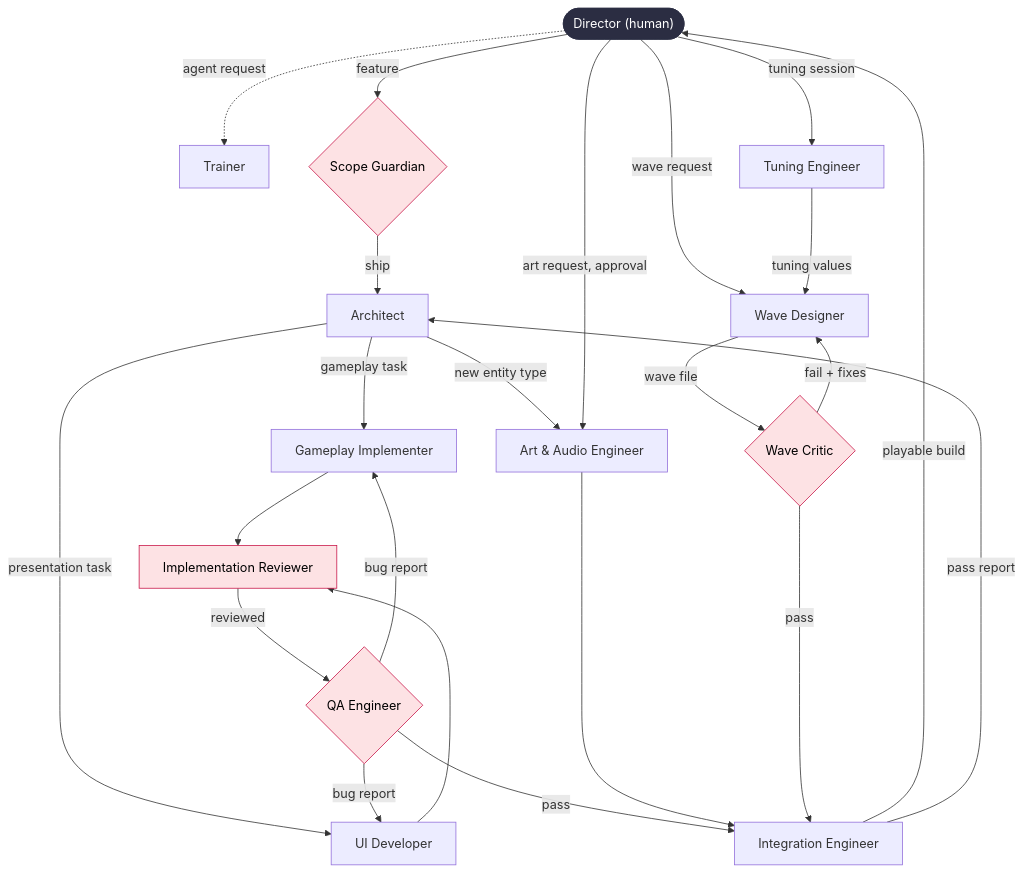
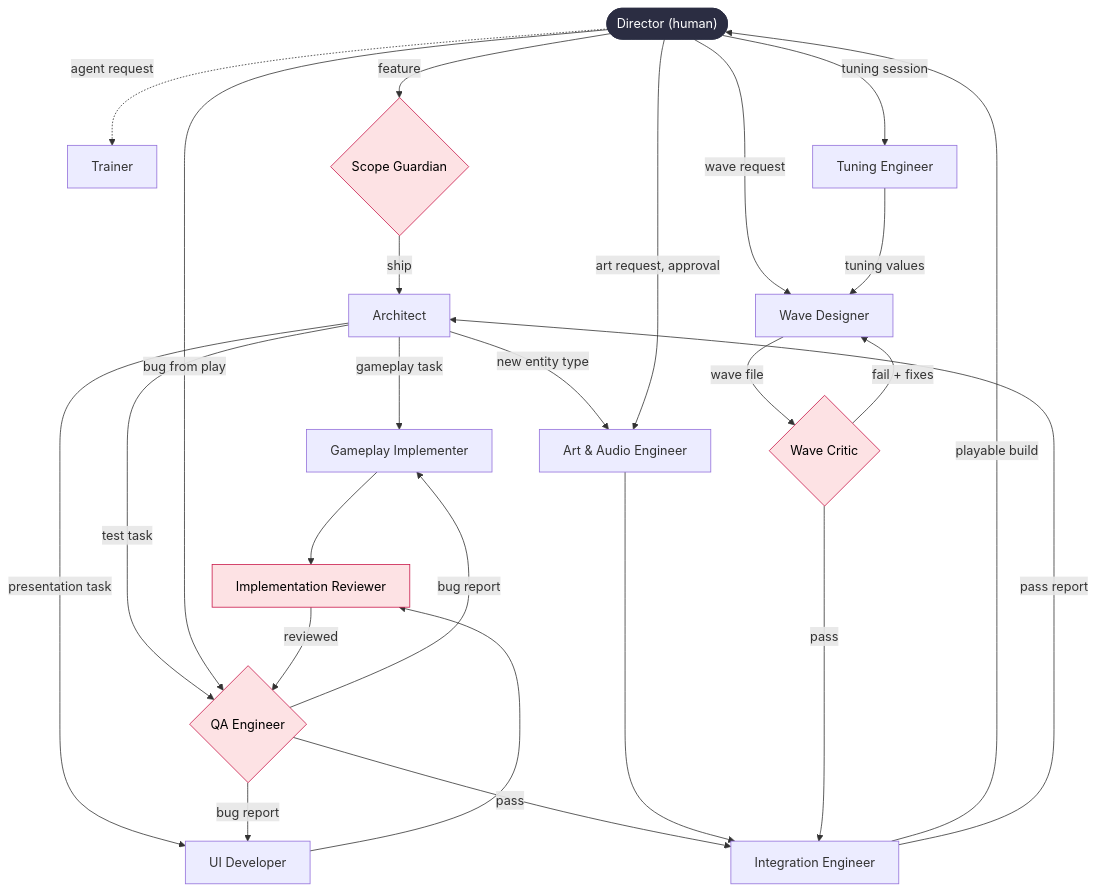
Before and after one commit to david-mntl/driftward-ace: the diagram in docs/crew/roster.md, drawn with Mermaid. The commit also changed other lines of this file and 1 other file, not shown here.

````diff
--- a/docs/crew/roster.md
+++ b/docs/crew/roster.md
@@ -7,44 +7,46 @@
 ```mermaid
 flowchart TD
     D(["Director (human)"])
     T["Trainer"]
     SG{"Scope Guardian"}
     AR["Architect"]
     GI["Gameplay Implementer"]
     UI["UI Developer"]
     AA["Art & Audio Engineer"]
     IR["Implementation Reviewer"]
     QA{"QA Engineer"}
     IE["Integration Engineer"]
     TE["Tuning Engineer"]
     WD["Wave Designer"]
     WC{"Wave Critic"}
 
     D -.->|agent request| T
     D -->|feature| SG
     SG -->|ship| AR
     AR -->|gameplay task| GI
     AR -->|presentation task| UI
     AR -->|new entity type| AA
+    AR -->|test task| QA
+    D -->|bug from play| QA
     GI --> IR
     UI --> IR
     IR -->|reviewed| QA
     QA -->|bug report| GI
     QA -->|bug report| UI
     QA -->|pass| IE
     AA --> IE
     D -->|tuning session| TE
     D -->|wave request| WD
     D -->|art request, approval| AA
     TE -->|tuning values| WD
     WD -->|wave file| WC
     WC -->|fail + fixes| WD
     WC -->|pass| IE
     IE -->|playable build| D
     IE -->|pass report| AR
 
     classDef human fill:#2b2d42,color:#fff,stroke:#2b2d42
     classDef critic fill:#fde2e4,stroke:#c9184a,color:#000
     class D human
     class SG,QA,WC,IR critic
 ```
````
